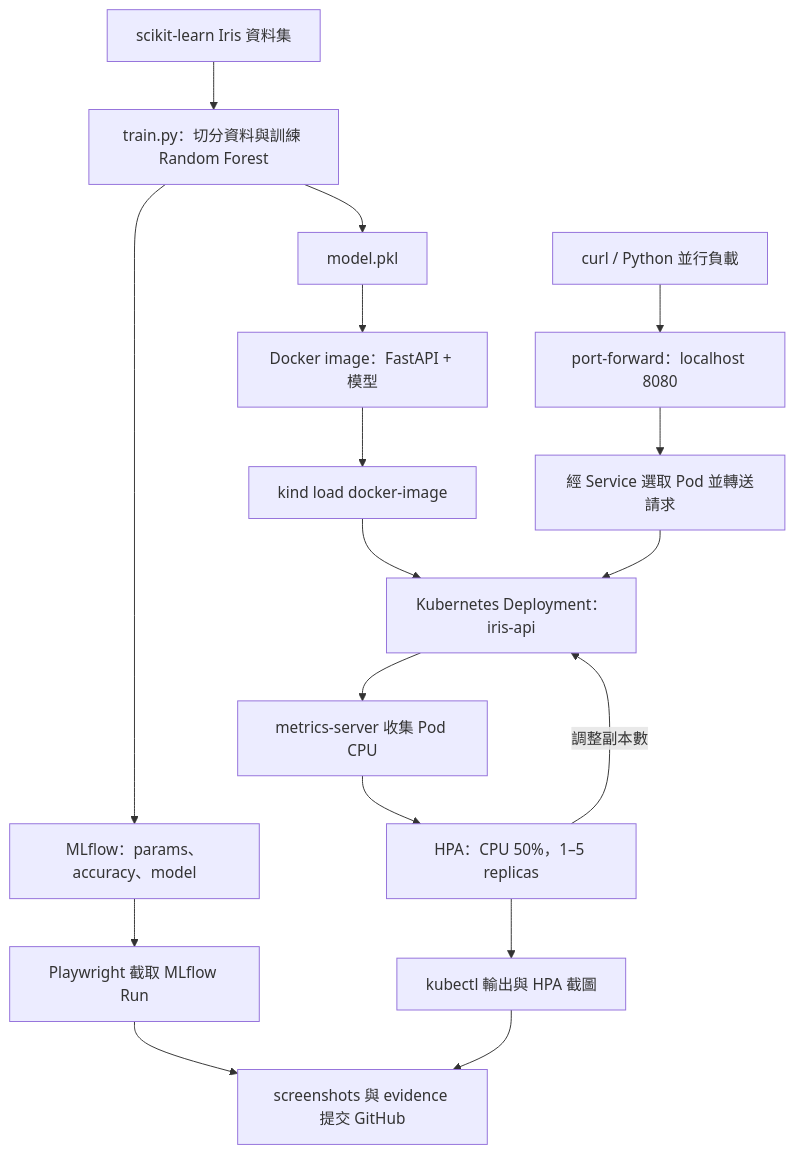
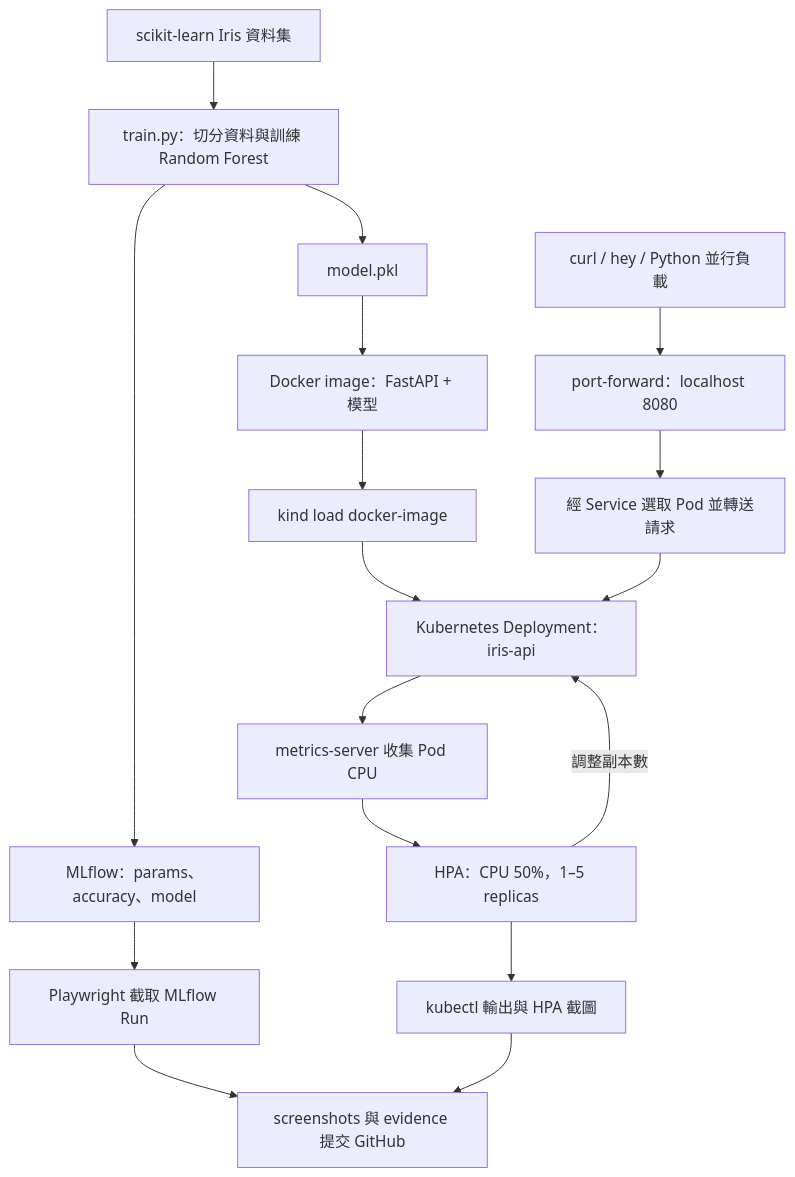
One commit to ronnie-e2714/ossd_lab1 changed the diagram in README.md. Above: the diagram before and after it, drawn with Mermaid. The commit also changed other lines of this file and 2 other files, not shown here.

Commit message:
Audit lab requirements and verify training artifacts readiness and hey load

````diff
--- a/README.md
+++ b/README.md
@@ -25,19 +25,19 @@
 ```mermaid
 flowchart TD
     A[scikit-learn Iris 資料集] --> B[train.py：切分資料與訓練 Random Forest]
     B --> C[MLflow：params、accuracy、model]
     B --> D[model.pkl]
     D --> E[Docker image：FastAPI + 模型]
     E --> F[kind load docker-image]
     F --> G[Kubernetes Deployment：iris-api]
-    H[curl / Python 並行負載] --> I[port-forward：localhost 8080]
+    H[curl / hey / Python 並行負載] --> I[port-forward：localhost 8080]
     I --> J[經 Service 選取 Pod 並轉送請求]
     J --> G
     G --> K[metrics-server 收集 Pod CPU]
     K --> L[HPA：CPU 50%，1–5 replicas]
     L -->|調整副本數| G
     C --> M[Playwright 截取 MLflow Run]
     L --> N[kubectl 輸出與 HPA 截圖]
     M --> O[screenshots 與 evidence 提交 GitHub]
     N --> O
 ```
````
